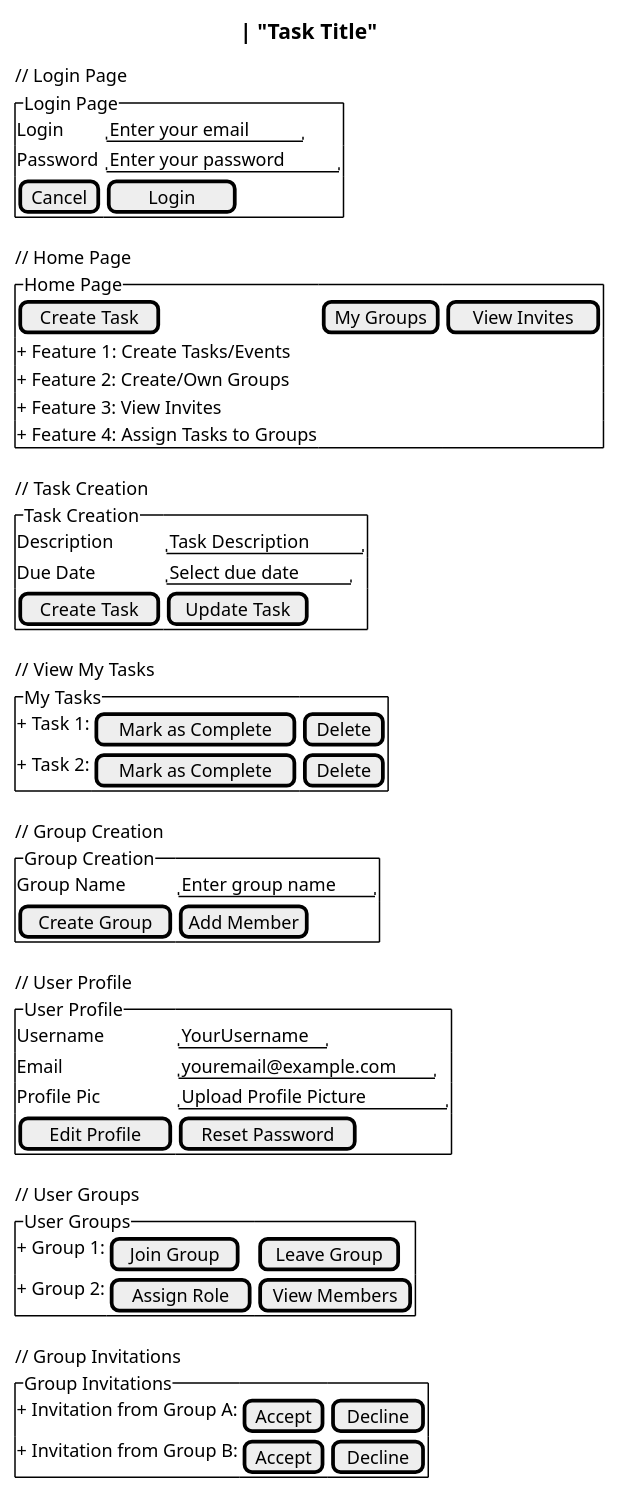
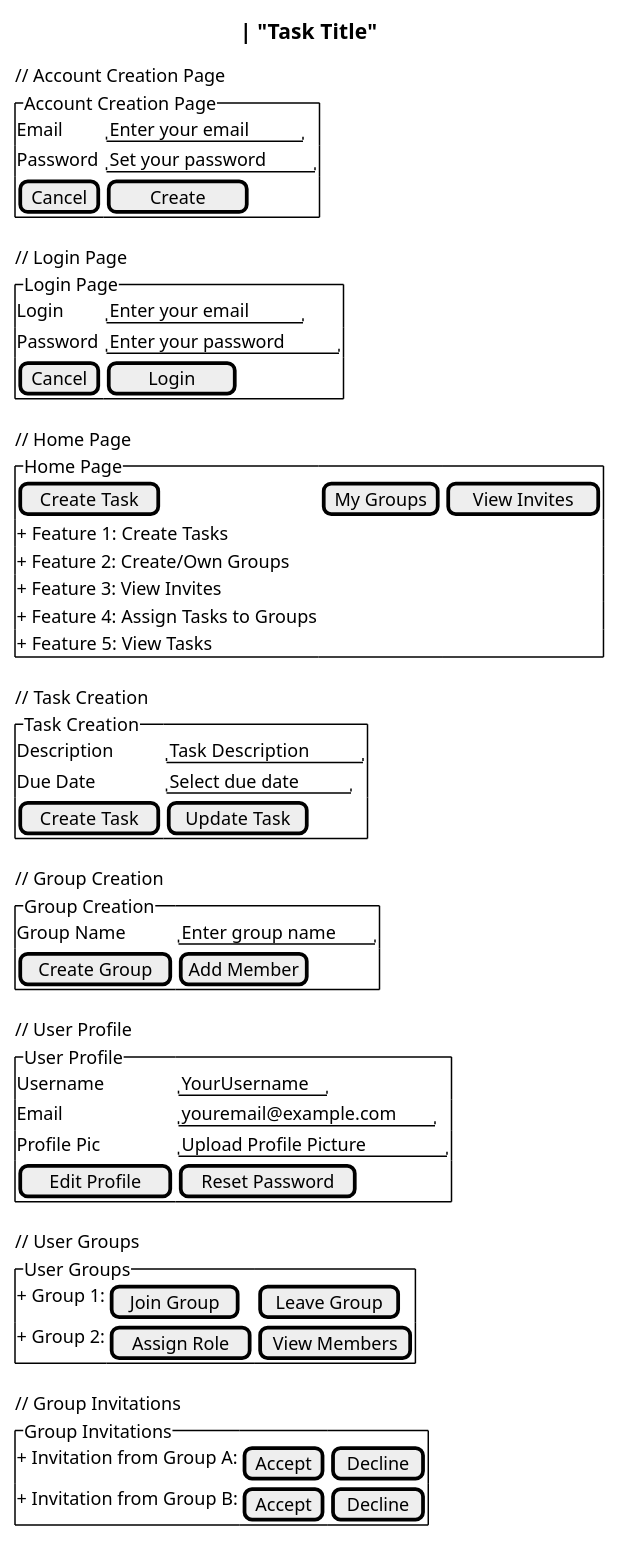
Before and after one commit to OmerEgeOzyaba/CSCI3100-project: the diagram in documentation/Design_Implementation/user_interface_wireframe_design.puml, drawn with PlantUML.

```diff
--- a/documentation/Design_Implementation/user_interface_wireframe_design.puml
+++ b/documentation/Design_Implementation/user_interface_wireframe_design.puml
@@ -1,61 +1,63 @@
 @startsalt
 {
   Title CULink
+
+  // Account Creation Page
+    {^Account Creation Page
+      Email    | "Enter your email"
+      Password | "Set your password"
+      [Cancel] | [  Create   ]
+    }
 
   // Login Page
   {^Login Page
     Login    | "Enter your email"
     Password | "Enter your password"
     [Cancel] | [  Login   ]
   }
 
   // Home Page
   {^Home Page
     [Create Task] | [My Groups] | [View Invites]
-    + Feature 1: Create Tasks/Events
+    + Feature 1: Create Tasks
     + Feature 2: Create/Own Groups
     + Feature 3: View Invites
     + Feature 4: Assign Tasks to Groups
+    + Feature 5: View Tasks
   }
 
   // Task Creation
   {^Task Creation
     Title       | "Task Title"
     Description | "Task Description"
     Due Date    | "Select due date"
     [Create Task] | [Update Task]
-  }
-
-  // View My Tasks
-  {^My Tasks
-    + Task 1: | [Mark as Complete] | [Delete]
-    + Task 2: | [Mark as Complete] | [Delete]
   }
 
   // Group Creation
   {^Group Creation
     Group Name | "Enter group name"
     [Create Group] | [Add Member]
   }
 
   // User Profile
   {^User Profile
     Username      | "YourUsername"
     Email         | "youremail@example.com"
     Profile Pic   | "Upload Profile Picture"
     [Edit Profile] | [Reset Password]
   }
 
   // User Groups
   {^User Groups
     + Group 1: | [Join Group] | [Leave Group]
     + Group 2: | [Assign Role] | [View Members]
   }
 
   // Group Invitations
   {^Group Invitations
     + Invitation from Group A: | [Accept] | [Decline]
     + Invitation from Group B: | [Accept] | [Decline]
   }
 }
 @endsalt
```
